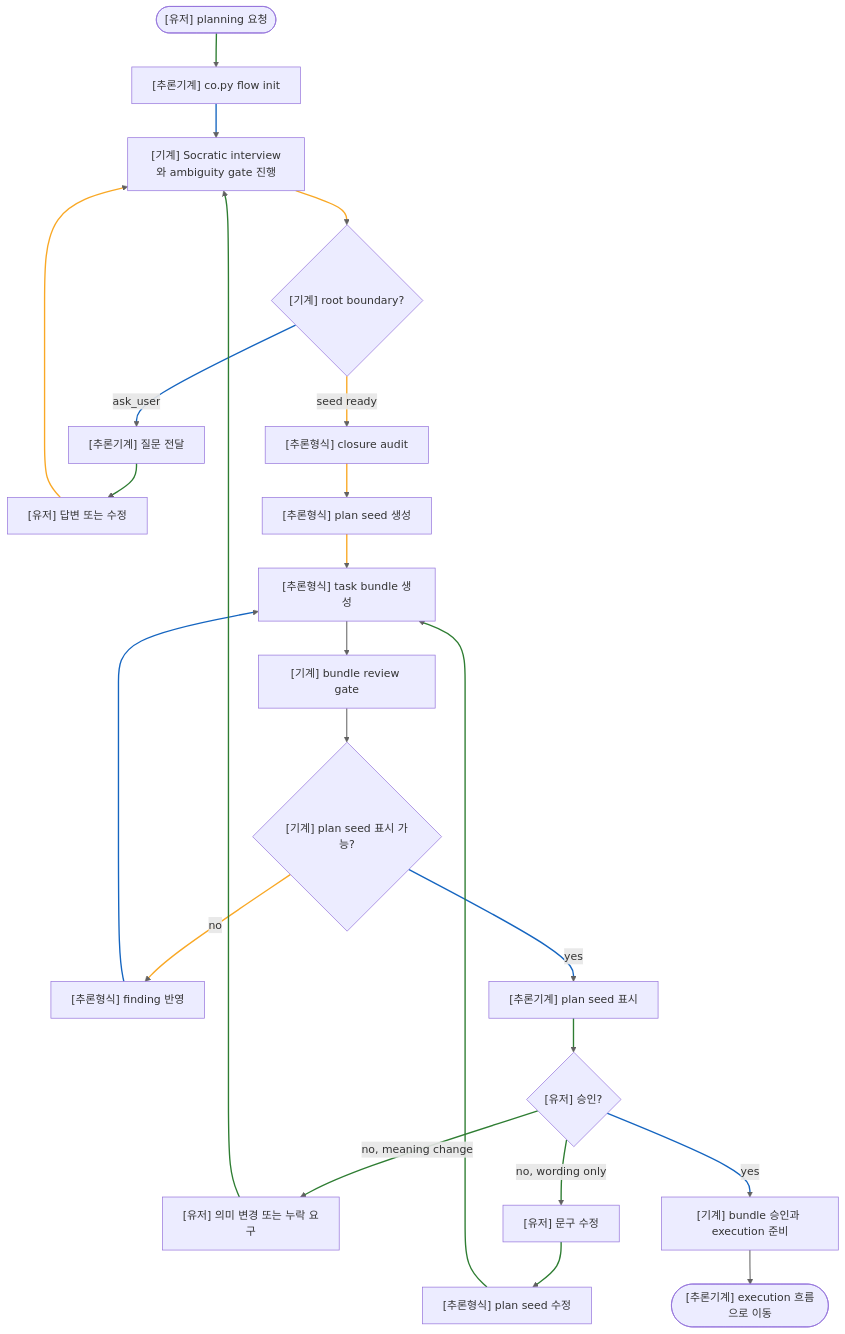
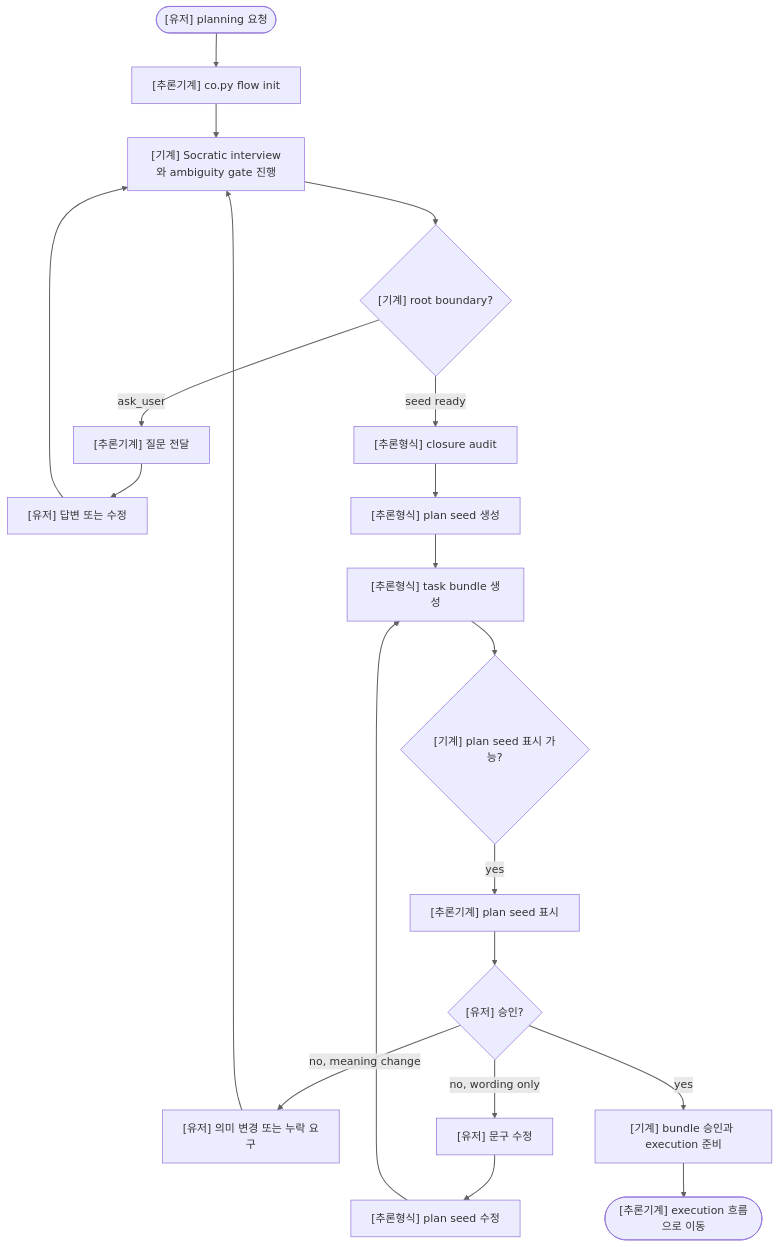
The second of 2 diagrams in COPLAN.md (mym0404/coflow), drawn with Mermaid before and after one commit. The commit also changed other lines of this file and 20 other files, not shown here.

````diff
--- a/COPLAN.md
+++ b/COPLAN.md
@@ -86,50 +70,42 @@
 ```mermaid
 flowchart TD
   Start(["[유저] planning 요청"])
   Init["[추론기계] co.py flow init"]
   Iterate["[기계] Socratic interview와 ambiguity gate 진행"]
   Boundary{"[기계] root boundary?"}
   Question["[추론기계] 질문 전달"]
   Answer["[유저] 답변 또는 수정"]
   Audit["[추론형식] closure audit"]
   Seed["[추론형식] plan seed 생성"]
   Tasks["[추론형식] task bundle 생성"]
-  Review["[기계] bundle review gate"]
   SeedReady{"[기계] plan seed 표시 가능?"}
-  Repair["[추론형식] finding 반영"]
   Present["[추론기계] plan seed 표시"]
   Feedback{"[유저] 승인?"}
   Meaning["[유저] 의미 변경 또는 누락 요구"]
   Wording["[유저] 문구 수정"]
   Revise["[추론형식] plan seed 수정"]
   Finalize["[기계] bundle 승인과 execution 준비"]
   Handoff(["[추론기계] execution 흐름으로 이동"])
 
   Start --> Init
   Init --> Iterate
   Iterate --> Boundary
   Boundary -->|ask_user| Question
   Question --> Answer
   Answer --> Iterate
   Boundary -->|seed ready| Audit
   Audit --> Seed
   Seed --> Tasks
-  Tasks --> Review
-  Review --> SeedReady
-  SeedReady -->|no| Repair
-  Repair --> Tasks
+  Tasks --> SeedReady
   SeedReady -->|yes| Present
   Present --> Feedback
   Feedback -->|no, meaning change| Meaning
   Meaning --> Iterate
   Feedback -->|no, wording only| Wording
   Wording --> Revise
   Revise --> Tasks
   Feedback -->|yes| Finalize
   Finalize --> Handoff
 
   linkStyle default stroke:#616161,stroke-width:1.5px
-  linkStyle 0,4,14,15,16,17,18,19 stroke:#2e7d32,stroke-width:2px
-  linkStyle 1,3,12,13,20 stroke:#1565c0,stroke-width:2px
-  linkStyle 2,5,6,7,8,11 stroke:#f9a825,stroke-width:2px
 ```
````
